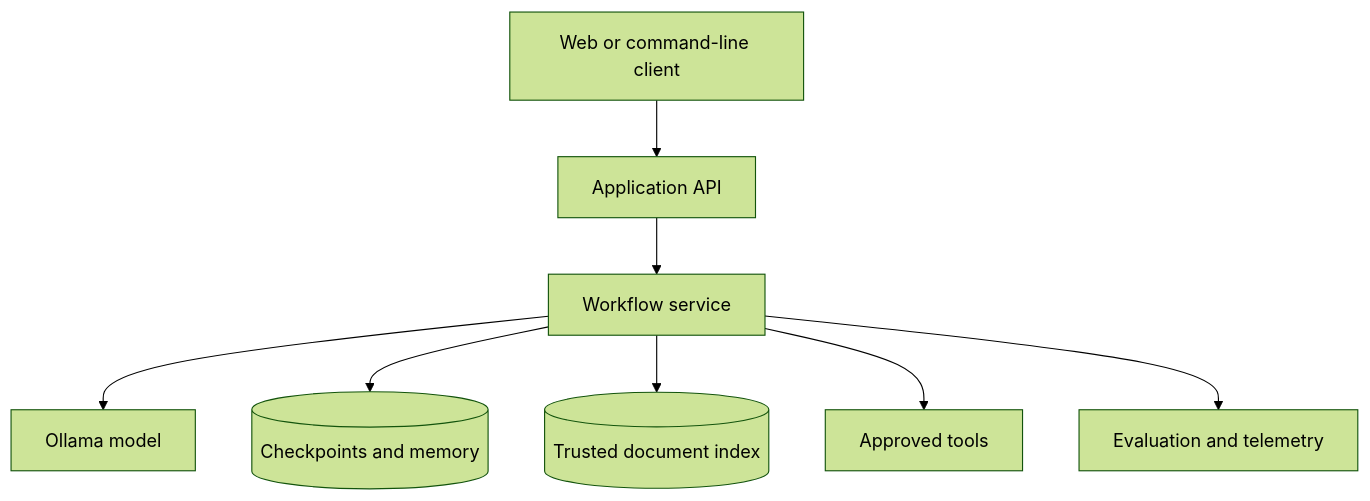
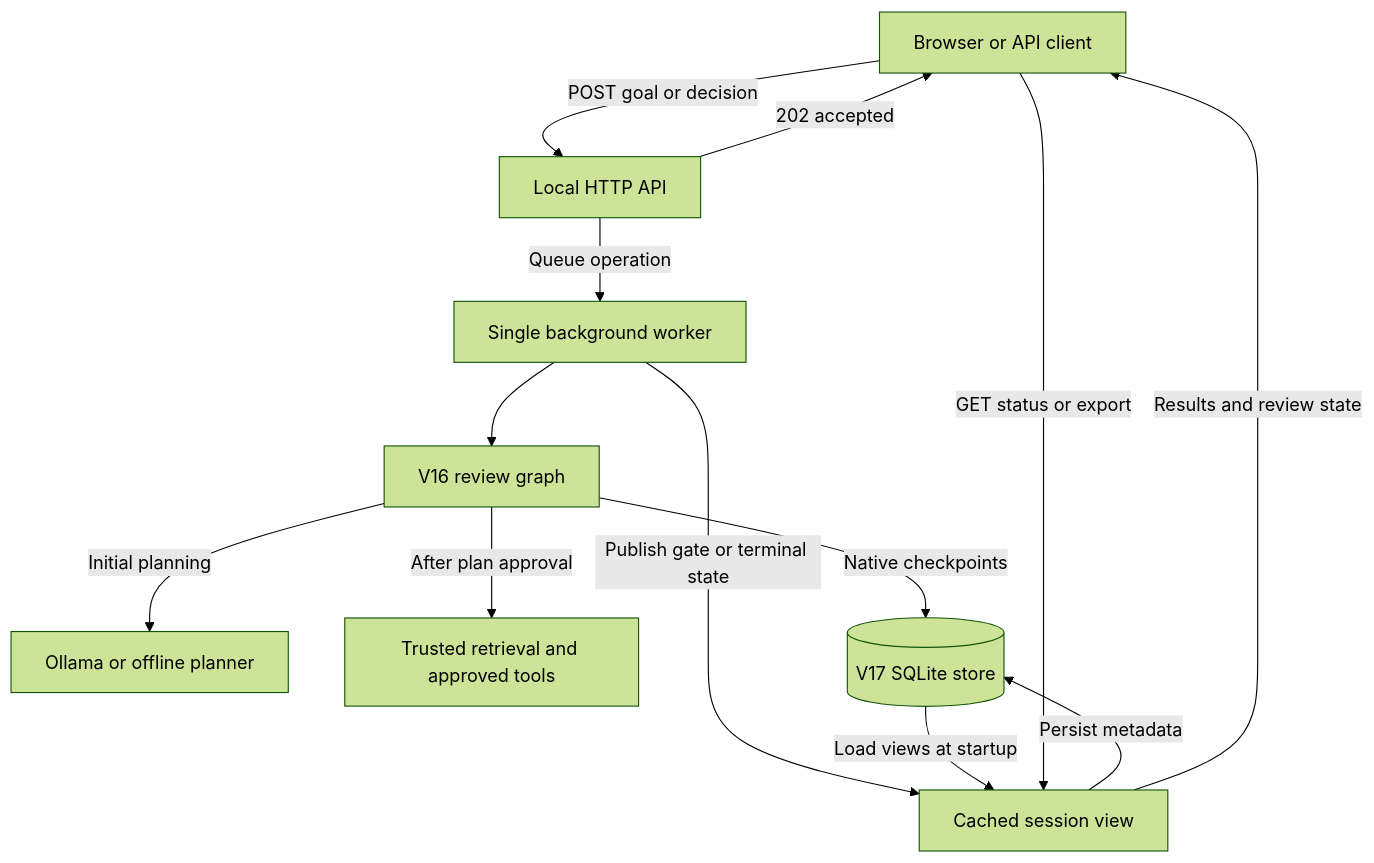
One commit to anne500/multi-agent-study-guide changed diagram 19 of 20 in docs/ARCHITECTURE.md. Above: the diagram before and after it, drawn with Mermaid (forest theme). The commit also changed other lines of this file and 11 other files, not shown here.

Commit message:
Add V17 local review application and asynchronous API

````diff
--- a/docs/ARCHITECTURE.md
+++ b/docs/ARCHITECTURE.md
@@ -437,10 +440,15 @@
 ```mermaid
 flowchart TD
-    A[Web or command-line client] --> B[Application API]
-    B --> C[Workflow service]
-    C --> D[Ollama model]
-    C --> E[(Checkpoints and memory)]
-    C --> F[(Trusted document index)]
-    C --> G[Approved tools]
-    C --> H[Evaluation and telemetry]
+    A[Browser or API client] -->|POST goal or decision| B[Local HTTP API]
+    B -->|Queue operation| C[Single background worker]
+    B -->|202 accepted| A
+    C --> D[V16 review graph]
+    D -->|Initial planning| E[Ollama or offline planner]
+    D -->|After plan approval| F[Trusted retrieval and approved tools]
+    D -->|Native checkpoints| G[(V17 SQLite store)]
+    C -->|Publish gate or terminal state| H[Cached session view]
+    H -->|Persist metadata| G
+    G -->|Load views at startup| H
+    A -->|GET status or export| H
+    H -->|Results and review state| A
 ```
````
